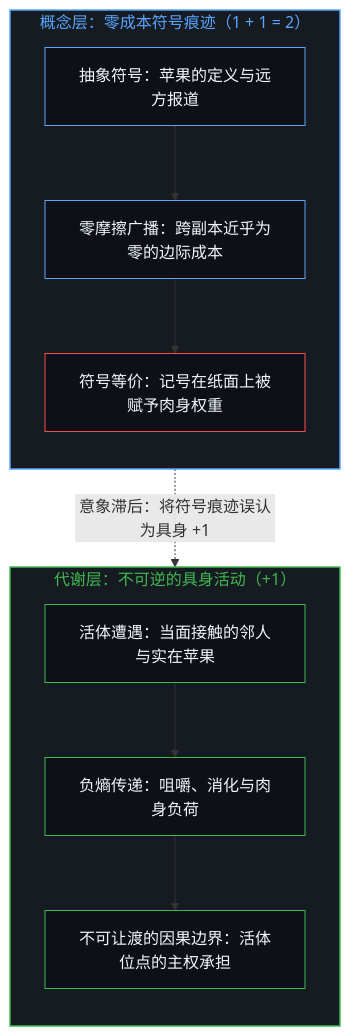
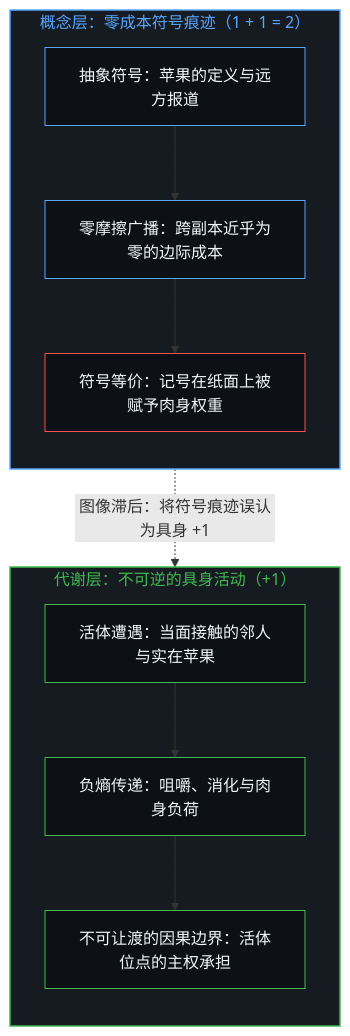
The first of 8 diagrams in content/posts/abstract-pain-and-living-hunger.md (powerpig99/not-a-toe), drawn with Mermaid before and after one commit. The commit also changed other lines of this file and 4 other files, not shown here.

````diff
--- a/content/posts/abstract-pain-and-living-hunger.md
+++ b/content/posts/abstract-pain-and-living-hunger.md
@@ -17,26 +17,26 @@
 ```mermaid
 flowchart TD
     subgraph S_Concept["概念层：零成本符号痕迹（1 + 1 = 2）"]
         direction TB
         C1["抽象符号：苹果的定义与远方报道"]
         C2["零摩擦广播：跨副本近乎为零的边际成本"]
         C3["符号等价：记号在纸面上被赋予肉身权重"]
     end
     subgraph S_Metabolism["代谢层：不可逆的具身活动（+1）"]
         direction TB
         M1["活体遭遇：当面接触的邻人与实在苹果"]
         M2["负熵传递：咀嚼、消化与肉身负荷"]
         M3["不可让渡的因果边界：活体位点的主权承担"]
     end
     C1 --> C2 --> C3
     M1 --> M2 --> M3
-    C3 -. "意象滞后：将符号痕迹误认为具身 +1" .-> M3
+    C3 -. "图像滞后：将符号痕迹误认为具身 +1" .-> M3
     style S_Concept fill:#161b22,stroke:#58a6ff,stroke-width:1.5px,color:#58a6ff
     style S_Metabolism fill:#161b22,stroke:#3fb950,stroke-width:1.5px,color:#3fb950
     style C1 fill:#0d1117,stroke:#58a6ff,stroke-width:1px,color:#f0f6fc
     style C2 fill:#0d1117,stroke:#58a6ff,stroke-width:1px,color:#f0f6fc
     style C3 fill:#0d1117,stroke:#f85149,stroke-width:1px,color:#f0f6fc
     style M1 fill:#0d1117,stroke:#3fb950,stroke-width:1px,color:#f0f6fc
     style M2 fill:#0d1117,stroke:#3fb950,stroke-width:1px,color:#f0f6fc
     style M3 fill:#0d1117,stroke:#3fb950,stroke-width:1px,color:#f0f6fc
 ```
````
